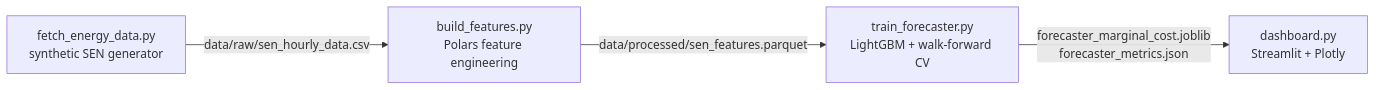
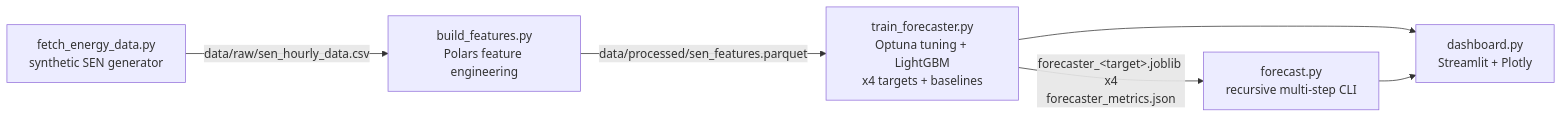
One commit to Rxyxs/chile-energy-grid-forecasting changed the diagram in README.md. Above: the diagram before and after it, drawn with Mermaid. The commit also changed other lines of this file and 12 other files, not shown here.

Commit message:
feat: multi-target forecasting, Optuna tuning, baselines, recursive forecast CLI, tests

````diff
--- a/README.md
+++ b/README.md
@@ -39,6 +41,8 @@
 ```mermaid
 flowchart LR
     A["fetch_energy_data.py\nsynthetic SEN generator"] -->|"data/raw/sen_hourly_data.csv"| B["build_features.py\nPolars feature engineering"]
-    B -->|"data/processed/sen_features.parquet"| C["train_forecaster.py\nLightGBM + walk-forward CV"]
-    C -->|"forecaster_marginal_cost.joblib\nforecaster_metrics.json"| D["dashboard.py\nStreamlit + Plotly"]
+    B -->|"data/processed/sen_features.parquet"| C["train_forecaster.py\nOptuna tuning + LightGBM\nx4 targets + baselines"]
+    C -->|"forecaster_&lt;target&gt;.joblib x4\nforecaster_metrics.json"| D["forecast.py\nrecursive multi-step CLI"]
+    C --> E["dashboard.py\nStreamlit + Plotly"]
+    D --> E
 ```
````
